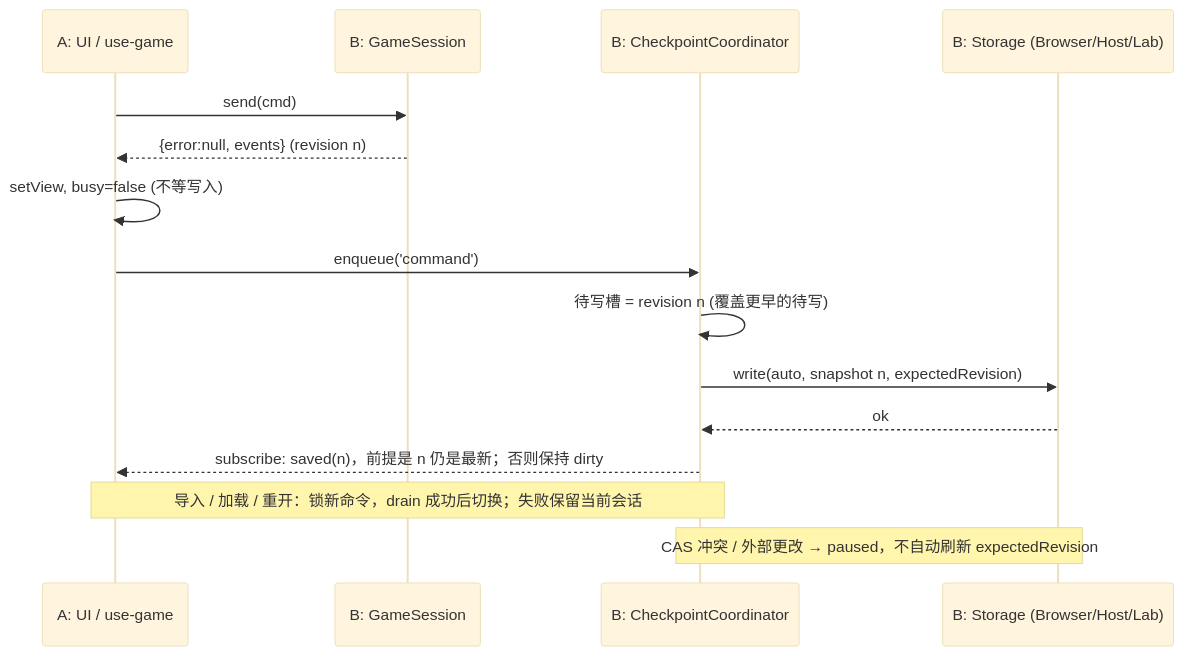
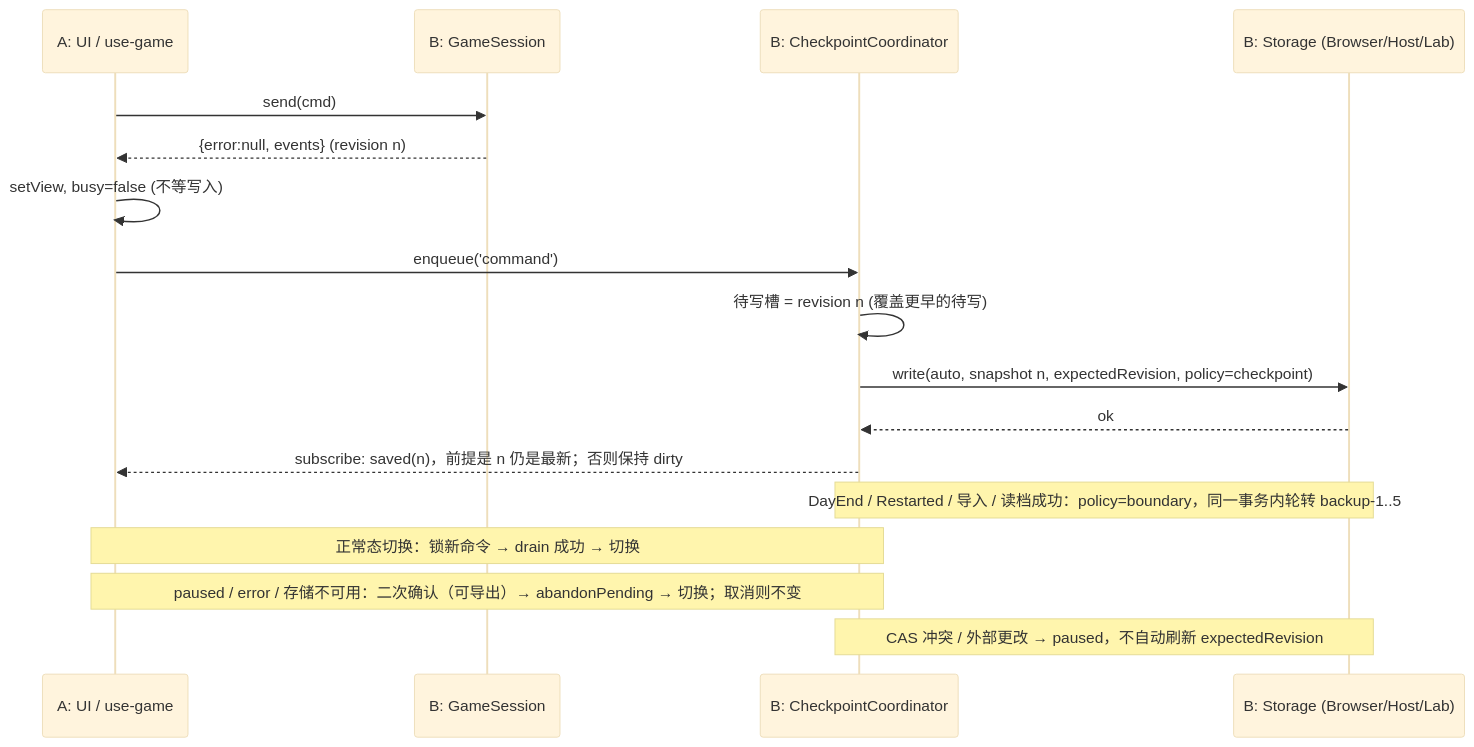
One commit to Nidofy/out-of-tokens changed the first of 3 diagrams in docs/LIVING_STUDIO_3_1_PARALLEL_PLAN_REVIEW_20261117.md. Above: the diagram before and after it, drawn with Mermaid (base theme). The commit also changed other lines of this file and 2 other files, not shown here.

First line of the commit message:
docs: apply Living Studio 3.1 R2 review (boundary backups, paused-state switch, unified contract)

````diff
--- a/docs/LIVING_STUDIO_3_1_PARALLEL_PLAN_REVIEW_20261117.md
+++ b/docs/LIVING_STUDIO_3_1_PARALLEL_PLAN_REVIEW_20261117.md
@@ -165,17 +188,19 @@
 ```mermaid
 sequenceDiagram
     participant UI as A: UI / use-game
     participant S as B: GameSession
     participant C as B: CheckpointCoordinator
     participant D as B: Storage (Browser/Host/Lab)
     UI->>S: send(cmd)
     S-->>UI: {error:null, events} (revision n)
     UI->>UI: setView, busy=false (不等写入)
     UI->>C: enqueue('command')
     C->>C: 待写槽 = revision n (覆盖更早的待写)
-    C->>D: write(auto, snapshot n, expectedRevision)
+    C->>D: write(auto, snapshot n, expectedRevision, policy=checkpoint)
     D-->>C: ok
     C-->>UI: subscribe: saved(n)，前提是 n 仍是最新；否则保持 dirty
-    Note over UI,C: 导入 / 加载 / 重开：锁新命令，drain 成功后切换；失败保留当前会话
+    Note over C,D: DayEnd / Restarted / 导入 / 读档成功：policy=boundary，同一事务内轮转 backup-1..5
+    Note over UI,C: 正常态切换：锁新命令 → drain 成功 → 切换
+    Note over UI,C: paused / error / 存储不可用：二次确认（可导出）→ abandonPending → 切换；取消则不变
     Note over C,D: CAS 冲突 / 外部更改 → paused，不自动刷新 expectedRevision
 ```
````
